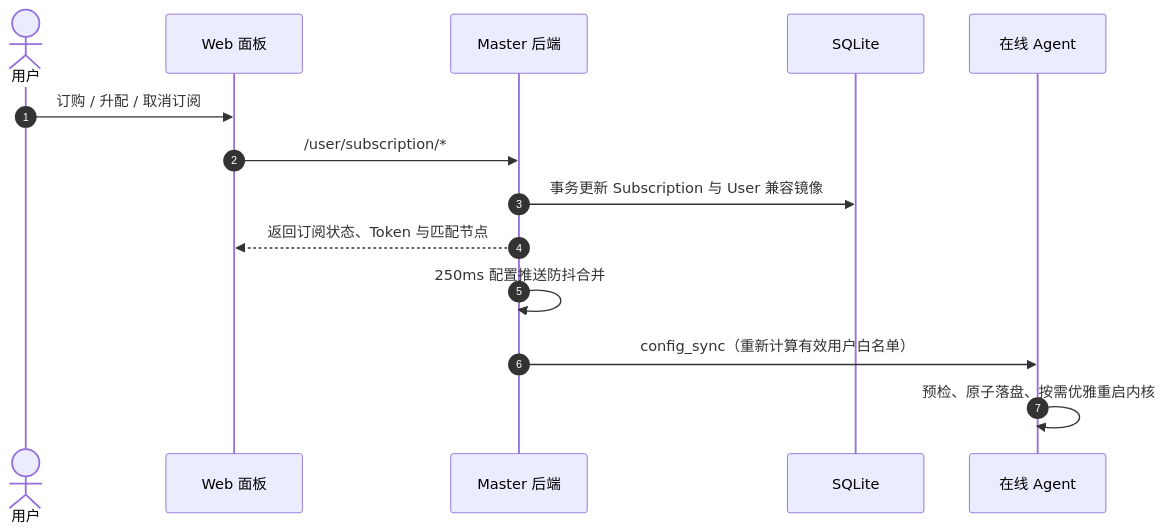
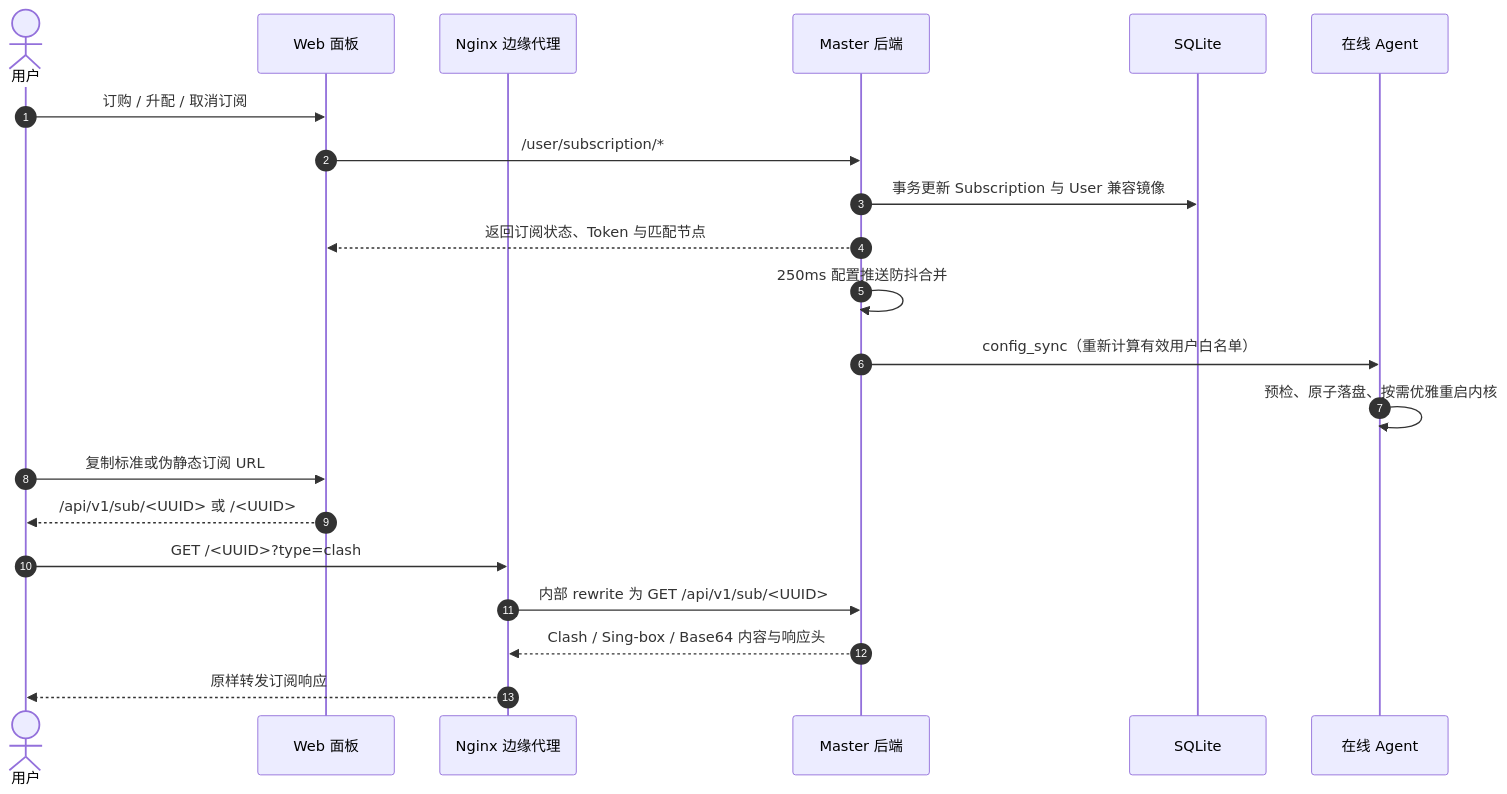
Before and after one commit to Nanako660/riricloud: the fourth of 5 diagrams in docs/ARCHITECTURE.md, drawn with Mermaid. The commit also changed other lines of this file and 18 other files, not shown here.

````diff
--- a/docs/ARCHITECTURE.md
+++ b/docs/ARCHITECTURE.md
@@ -160,17 +166,25 @@
 ```mermaid
 sequenceDiagram
     autonumber
     actor User as 用户
     participant Web as Web 面板
+    participant Nginx as Nginx 边缘代理
     participant Master as Master 后端
     participant DB as SQLite
     participant Agent as 在线 Agent
 
     User->>Web: 订购 / 升配 / 取消订阅
     Web->>Master: /user/subscription/*
     Master->>DB: 事务更新 Subscription 与 User 兼容镜像
     Master-->>Web: 返回订阅状态、Token 与匹配节点
     Master->>Master: 250ms 配置推送防抖合并
     Master->>Agent: config_sync（重新计算有效用户白名单）
     Agent->>Agent: 预检、原子落盘、按需优雅重启内核
+
+    User->>Web: 复制标准或伪静态订阅 URL
+    Web-->>User: /api/v1/sub/<UUID> 或 /<UUID>
+    User->>Nginx: GET /<UUID>?type=clash
+    Nginx->>Master: 内部 rewrite 为 GET /api/v1/sub/<UUID>
+    Master-->>Nginx: Clash / Sing-box / Base64 内容与响应头
+    Nginx-->>User: 原样转发订阅响应
 ```
````
